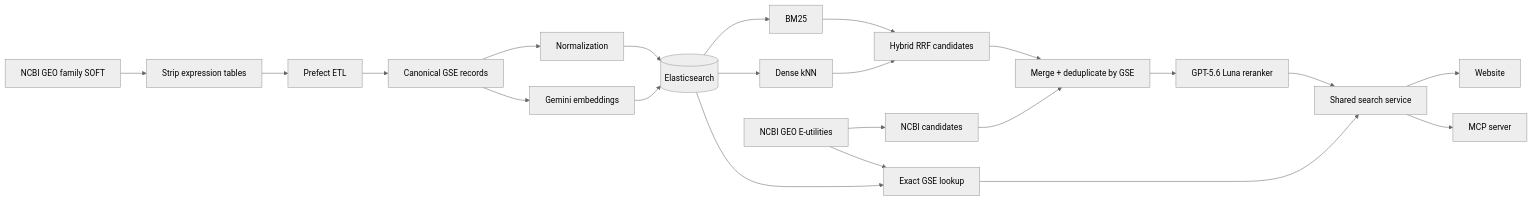
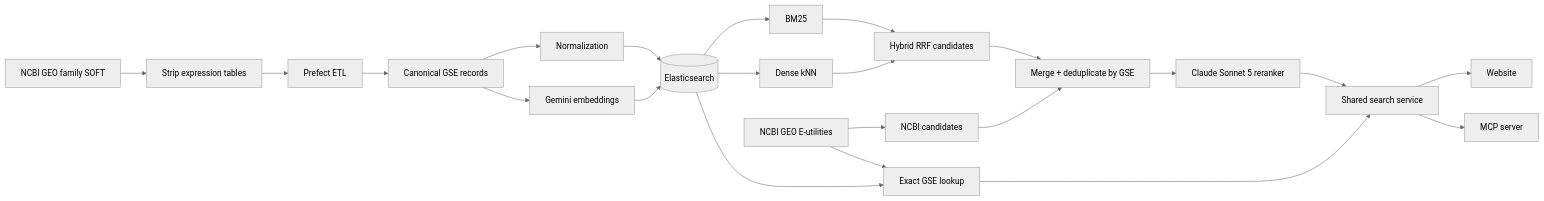
The diagram in README.md (kevinwuhoo/GEOscope), drawn with Mermaid (neutral theme) before and after one commit. The commit also changed other lines of this file and 7 other files, not shown here.

````diff
--- a/README.md
+++ b/README.md
@@ -31,24 +31,24 @@
 ```mermaid
 flowchart LR
     A[NCBI GEO family SOFT] --> B[Strip expression tables]
     B --> C[Prefect ETL]
     C --> D[Canonical GSE records]
     D --> E[Normalization]
     D --> F[Gemini embeddings]
     E --> G[(Elasticsearch)]
     F --> G
     G --> H[BM25]
     G --> I[Dense kNN]
     H --> J[Hybrid RRF candidates]
     I --> J
     M[NCBI GEO E-utilities] --> N[NCBI candidates]
     J --> O[Merge + deduplicate by GSE]
     N --> O
-    O --> P[GPT-5.6 Luna reranker]
+    O --> P[Claude Sonnet 5 reranker]
     P --> Q[Shared search service]
     G --> R[Exact GSE lookup]
     M --> R
     R --> Q
     Q --> K[Website]
     Q --> L[MCP server]
 ```
````
